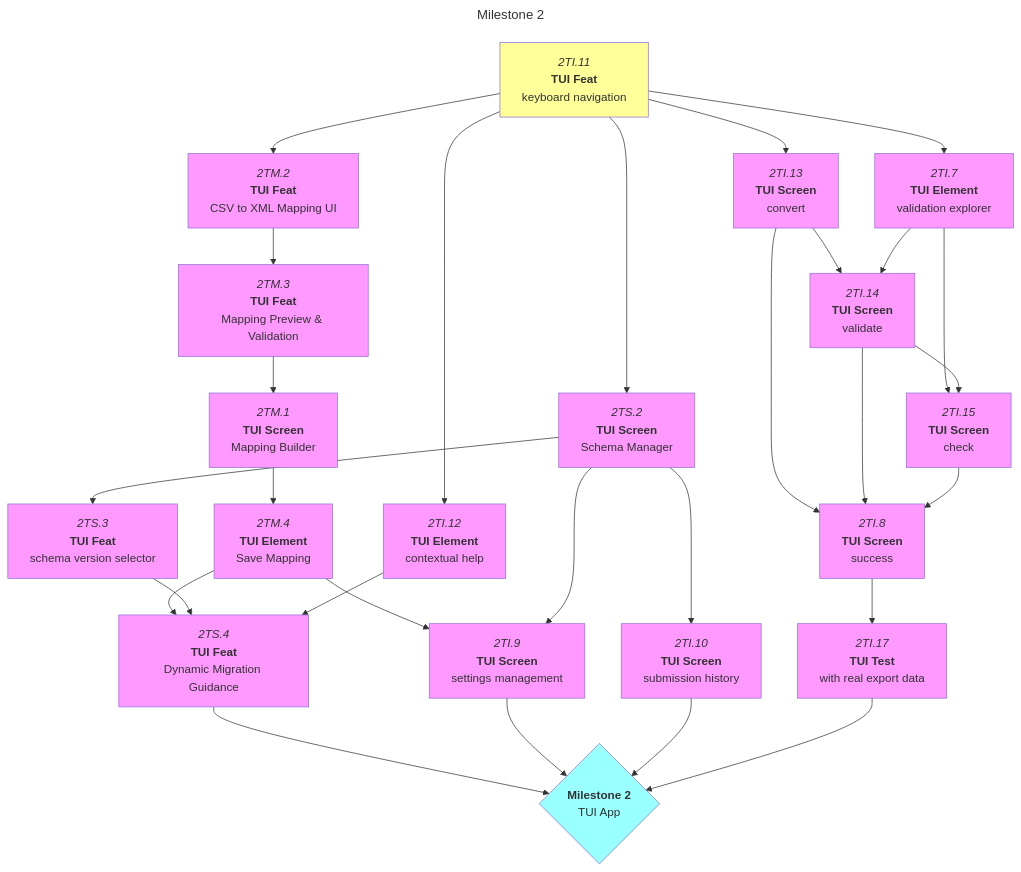
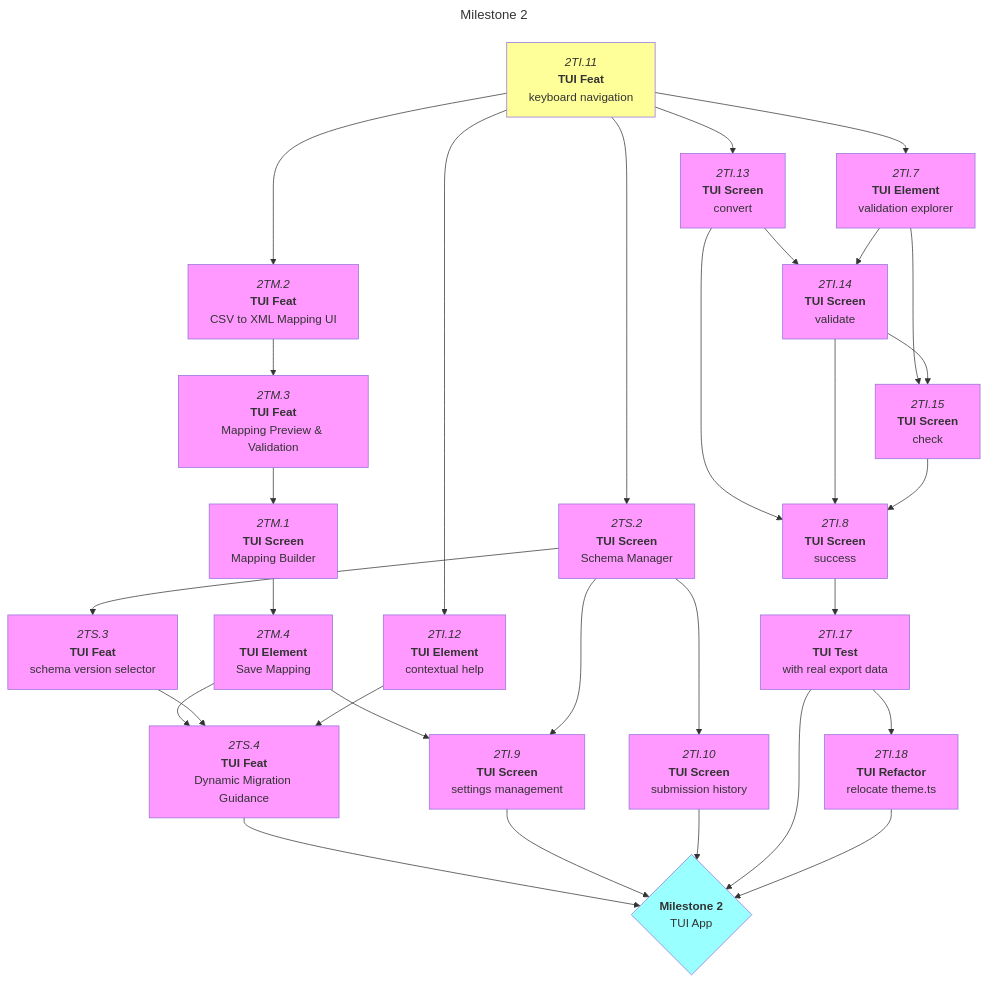
One commit to foundersandcoders/iris changed the second of 6 diagrams in docs/roadmaps/v0b-2602/redux.md. Above: the diagram before and after it, drawn with Mermaid. The commit also changed other lines of this file, not shown here.

Commit message:
roadmap: maintain

````diff
--- a/docs/roadmaps/v0b-2602/redux.md
+++ b/docs/roadmaps/v0b-2602/redux.md
@@ -135,35 +135,37 @@
 ```mermaid
 ---
 title: Milestone 2
 ---
 graph TD
 
 2TI.11["`*2TI.11*<br/>**TUI Feat**<br/>keyboard navigation`"]:::open --> 2TI.13 & 2TI.7 & 2TM.2 & 2TS.2 & 2TI.12
 
 2TI.13["`*2TI.13*<br/>**TUI Screen**<br/>convert`"] --> 2TI.14 & 2TI.8
 2TI.7["`*2TI.7*<br/>**TUI Element**<br/>validation explorer`"] --> 2TI.14 & 2TI.15
 
 2TI.14["`*2TI.14*<br/>**TUI Screen**<br/>validate`"] --> 2TI.15 & 2TI.8
 2TI.15["`*2TI.15*<br/>**TUI Screen**<br/>check`"] --> 2TI.8
 2TI.8["`*2TI.8*<br/>**TUI Screen**<br/>success`"] --> 2TI.17
 
 2TM.2["`*2TM.2*<br/>**TUI Feat**<br/>CSV to XML Mapping UI`"] --> 2TM.3
 2TM.3["`*2TM.3*<br/>**TUI Feat**<br/>Mapping Preview & Validation`"] --> 2TM.1
 2TM.1["`*2TM.1*<br/>**TUI Screen**<br/>Mapping Builder`"] --> 2TM.4
 2TM.4["`*2TM.4*<br/>**TUI Element**<br/>Save Mapping`"] --> 2TI.9 & 2TS.4
 
 2TS.2["`*2TS.2*<br/>**TUI Screen**<br/>Schema Manager`"] --> 2TS.3 & 2TI.9 & 2TI.10
 2TS.3["`*2TS.3*<br/>**TUI Feat**<br/>schema version selector`"] --> 2TS.4
 2TI.12["`*2TI.12*<br/>**TUI Element**<br/>contextual help`"] --> 2TS.4
 
 2TS.4["`*2TS.4*<br/>**TUI Feat**<br/>Dynamic Migration Guidance`"] --> m2
 2TI.9["`*2TI.9*<br/>**TUI Screen**<br/>settings management`"] --> m2
 2TI.10["`*2TI.10*<br/>**TUI Screen**<br/>submission history`"] --> m2
-2TI.17["`*2TI.17*<br/>**TUI Test**<br/>with real export data`"] --> m2
+2TI.17["`*2TI.17*<br/>**TUI Test**<br/>with real export data`"] --> m2 & 2TI.18
+
+2TI.18["`*2TI.18*<br/>**TUI Refactor**<br/>relocate theme.ts`"] --> m2
 
 m2{"`**Milestone 2**<br/>TUI App`"}:::mile
 
 classDef default,blocked fill:#f9f;
 classDef open fill:#ff9;
 classDef mile fill:#9ff;
 ```
````
